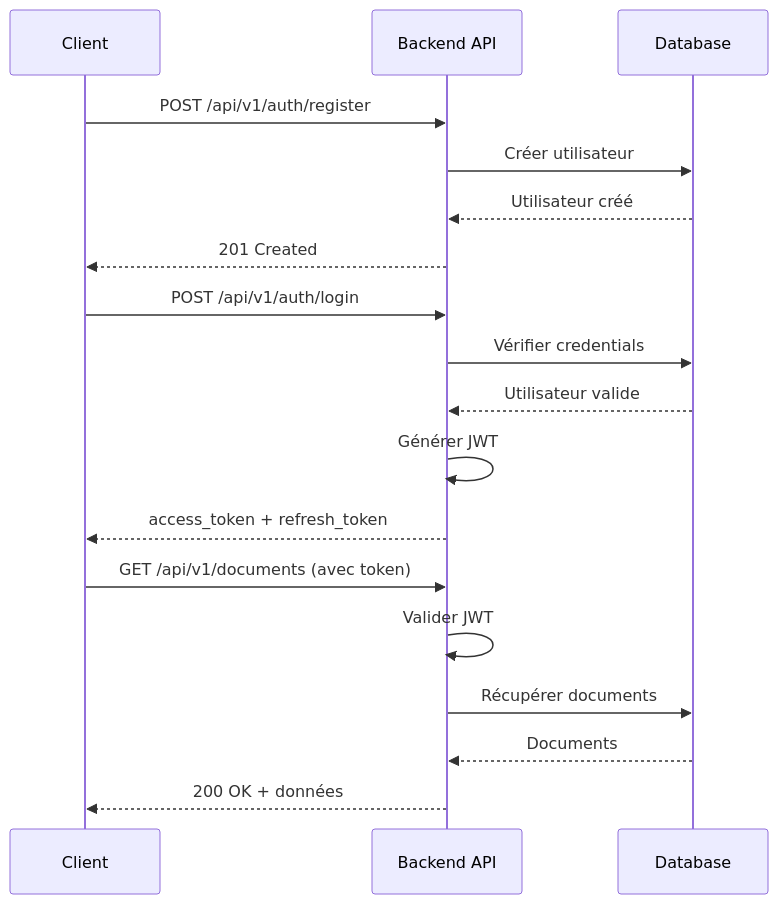
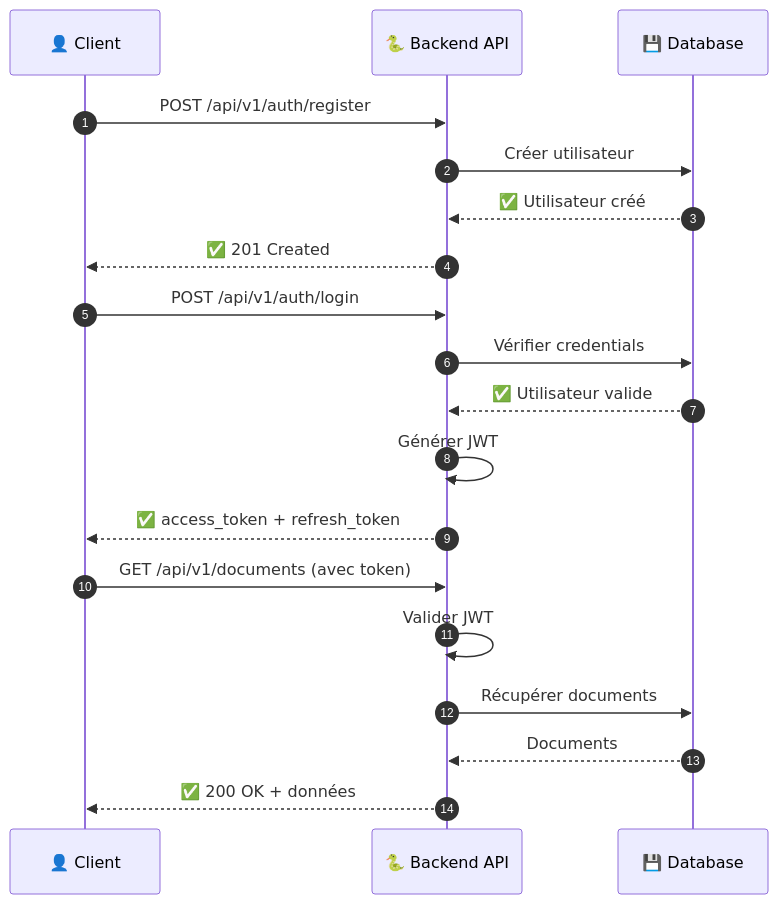
Before and after one commit to arkalia-luna-system/arkalia-cia: the first of 2 diagrams in docs/API_DOCUMENTATION.md, drawn with Mermaid. The commit also changed other lines of this file and 5 other files, not shown here.

````diff
--- a/docs/API_DOCUMENTATION.md
+++ b/docs/API_DOCUMENTATION.md
@@ -36,23 +41,24 @@
 ```mermaid
 sequenceDiagram
-    participant C as Client
-    participant API as Backend API
-    participant DB as Database
+    autonumber
+    participant C as 👤 Client
+    participant API as 🐍 Backend API
+    participant DB as 💾 Database
 
     C->>API: POST /api/v1/auth/register
     API->>DB: Créer utilisateur
-    DB-->>API: Utilisateur créé
-    API-->>C: 201 Created
+    DB-->>API: ✅ Utilisateur créé
+    API-->>C: ✅ 201 Created
 
     C->>API: POST /api/v1/auth/login
     API->>DB: Vérifier credentials
-    DB-->>API: Utilisateur valide
+    DB-->>API: ✅ Utilisateur valide
     API->>API: Générer JWT
-    API-->>C: access_token + refresh_token
+    API-->>C: ✅ access_token + refresh_token
 
     C->>API: GET /api/v1/documents (avec token)
     API->>API: Valider JWT
     API->>DB: Récupérer documents
     DB-->>API: Documents
-    API-->>C: 200 OK + données
+    API-->>C: ✅ 200 OK + données
 ```
````
